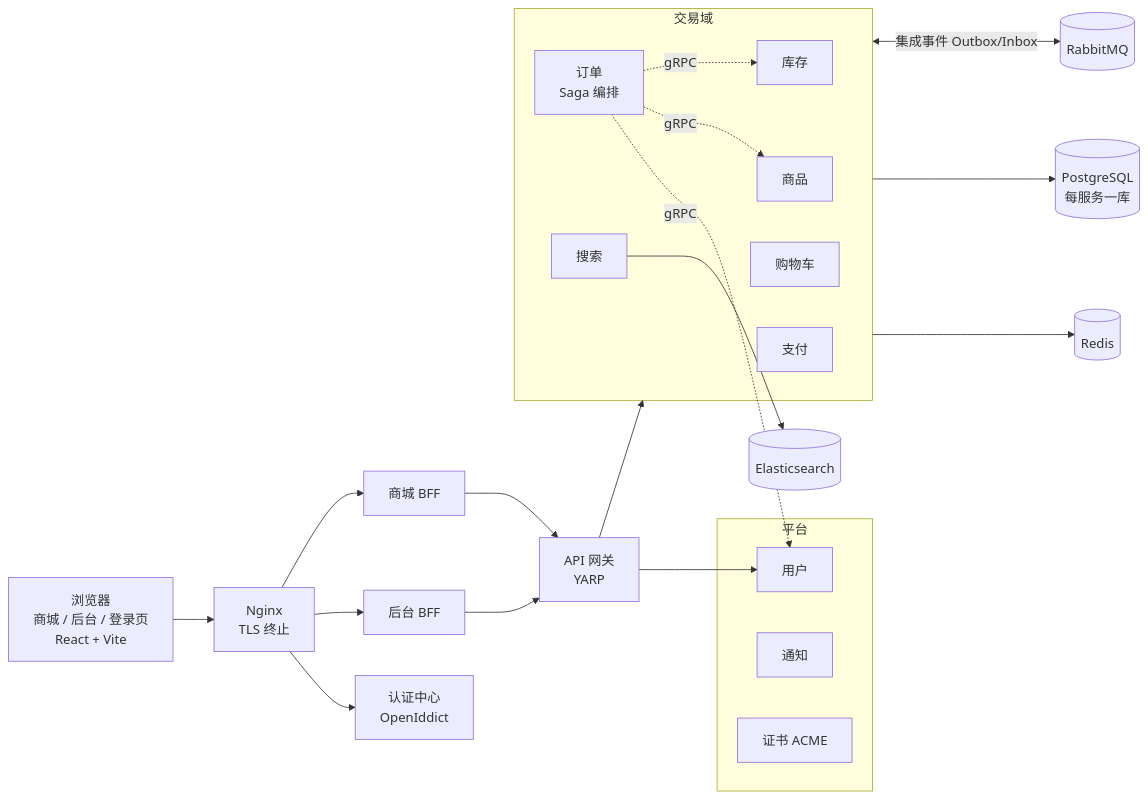
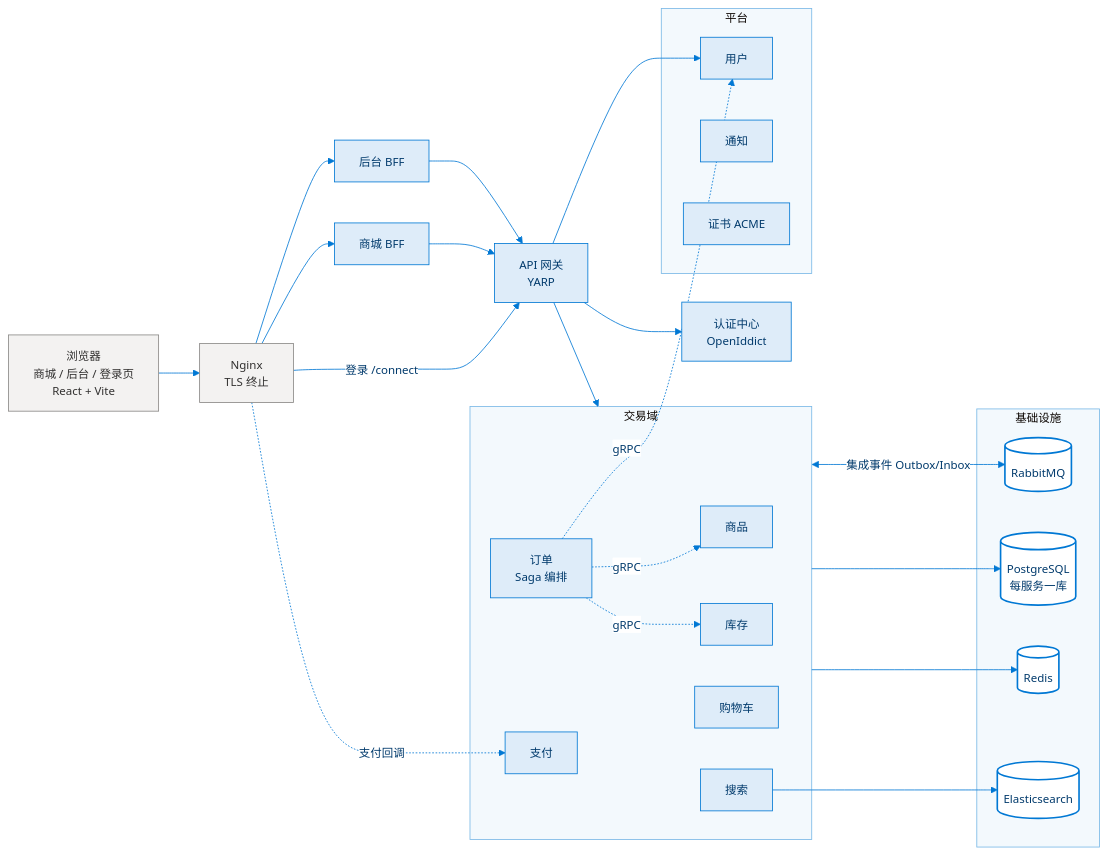
Before and after one commit to jinzaz/dotnet-microservices-shop: the first of 2 diagrams in README.md, drawn with Mermaid. The commit also changed other lines of this file and 1 other file, not shown here.

Commit message:
🎨 optimize

````diff
--- a/README.md
+++ b/README.md
@@ -10,36 +10,45 @@
 ```mermaid
+%%{init: {'theme':'base','themeVariables':{'fontFamily':'Segoe UI, Helvetica, Arial, sans-serif','fontSize':'14px','primaryColor':'#DEECF9','primaryBorderColor':'#0078D4','primaryTextColor':'#003A6C','lineColor':'#0078D4','secondaryColor':'#FFFFFF','tertiaryColor':'#F3F9FD','clusterBkg':'#F3F9FD','clusterBorder':'#79B8E6','edgeLabelBackground':'#FFFFFF','actorBkg':'#0078D4','actorBorder':'#005A9E','actorTextColor':'#FFFFFF','actorLineColor':'#79B8E6','signalColor':'#0078D4','signalTextColor':'#0078D4','noteBkgColor':'#FFF4CE','noteBorderColor':'#C8A400','noteTextColor':'#323130','activationBkgColor':'#DEECF9','activationBorderColor':'#0078D4','labelBoxBkgColor':'#DEECF9','labelBoxBorderColor':'#0078D4','labelTextColor':'#003A6C','loopTextColor':'#0078D4'}}}%%
 flowchart LR
     Browser[浏览器<br/>商城 / 后台 / 登录页<br/>React + Vite]
     Nginx[Nginx<br/>TLS 终止]
     BFFWeb[商城 BFF]
     BFFBM[后台 BFF]
     Identity[认证中心<br/>OpenIddict]
     GW[API 网关<br/>YARP]
 
     subgraph Commerce[交易域]
         Catalog[商品]
         Inventory[库存]
         Basket[购物车]
         Order[订单<br/>Saga 编排]
         Payment[支付]
         Search[搜索]
     end
     subgraph Platform[平台]
         User[用户]
         Notify[通知]
         Cert[证书 ACME]
     end
 
-    MQ[(RabbitMQ)]
-    PG[(PostgreSQL<br/>每服务一库)]
-    Redis[(Redis)]
-    ES[(Elasticsearch)]
+    subgraph Infra[基础设施]
+        MQ[(RabbitMQ)]
+        PG[(PostgreSQL<br/>每服务一库)]
+        Redis[(Redis)]
+        ES[(Elasticsearch)]
+    end
 
     Browser --> Nginx --> BFFWeb & BFFBM
-    Nginx --> Identity
+    Nginx -->|登录 /connect| GW --> Identity
+    Nginx -.支付回调.-> Payment
     BFFWeb & BFFBM --> GW --> Commerce & User
     Commerce <-->|集成事件 Outbox/Inbox| MQ
     Order -.gRPC.-> Inventory & Catalog & User
     Commerce --> PG & Redis
     Search --> ES
+
+    classDef external fill:#F3F2F1,stroke:#8A8886,color:#323130
+    classDef store fill:#FFFFFF,stroke:#0078D4,stroke-width:2px,color:#003A6C
+    class Browser,Nginx external
+    class MQ,PG,Redis,ES store
 ```
````
